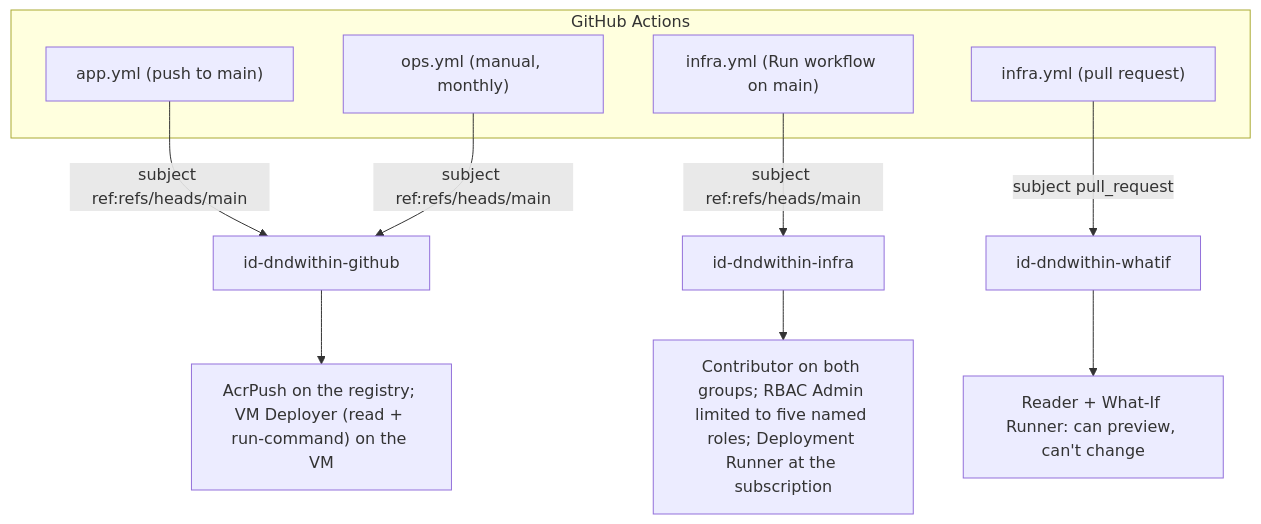
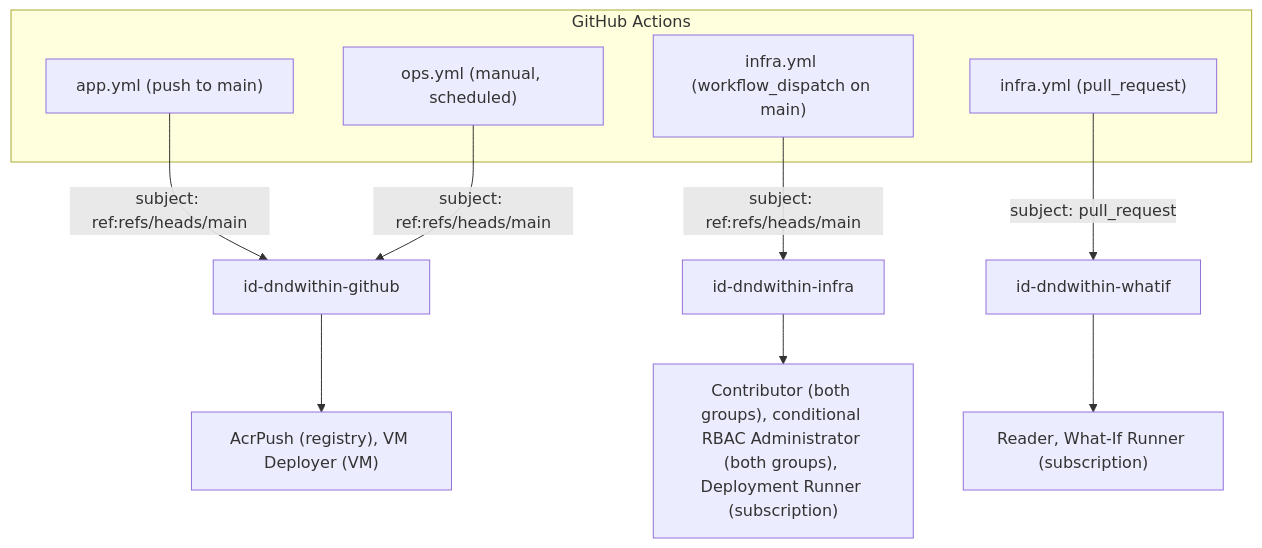
One commit to brock-afk/dnd-within changed the second of 2 diagrams in docs/architecture.md. Above: the diagram before and after it, drawn with Mermaid. The commit also changed other lines of this file and 1 other file, not shown here.

````diff
--- a/docs/architecture.md
+++ b/docs/architecture.md
@@ -39,18 +44,18 @@
 ```mermaid
 flowchart TB
     subgraph gh["GitHub Actions"]
         app_wf["app.yml (push to main)"]
-        ops_wf["ops.yml (manual, monthly)"]
-        infra_dispatch["infra.yml (Run workflow on main)"]
-        infra_pr["infra.yml (pull request)"]
+        ops_wf["ops.yml (manual, scheduled)"]
+        infra_dispatch["infra.yml (workflow_dispatch on main)"]
+        infra_pr["infra.yml (pull_request)"]
     end
 
-    app_wf -- "subject ref:refs/heads/main" --> id_app["id-dndwithin-github"]
-    ops_wf -- "subject ref:refs/heads/main" --> id_app
-    infra_dispatch -- "subject ref:refs/heads/main" --> id_infra["id-dndwithin-infra"]
-    infra_pr -- "subject pull_request" --> id_whatif["id-dndwithin-whatif"]
+    app_wf -- "subject: ref:refs/heads/main" --> id_app["id-dndwithin-github"]
+    ops_wf -- "subject: ref:refs/heads/main" --> id_app
+    infra_dispatch -- "subject: ref:refs/heads/main" --> id_infra["id-dndwithin-infra"]
+    infra_pr -- "subject: pull_request" --> id_whatif["id-dndwithin-whatif"]
 
-    id_app --> r_app["AcrPush on the registry; VM Deployer (read + run-command) on the VM"]
-    id_infra --> r_infra["Contributor on both groups; RBAC Admin limited to five named roles; Deployment Runner at the subscription"]
-    id_whatif --> r_whatif["Reader + What-If Runner: can preview, can't change"]
+    id_app --> r_app["AcrPush (registry), VM Deployer (VM)"]
+    id_infra --> r_infra["Contributor (both groups), conditional RBAC Administrator (both groups), Deployment Runner (subscription)"]
+    id_whatif --> r_whatif["Reader, What-If Runner (subscription)"]
 ```
````
